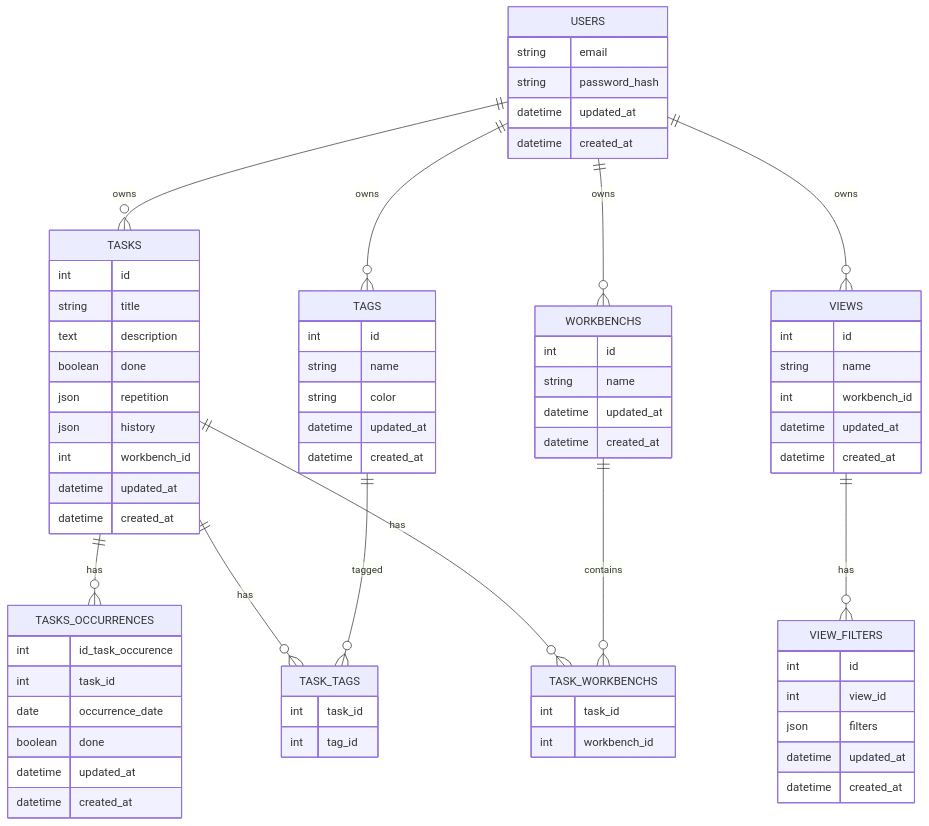
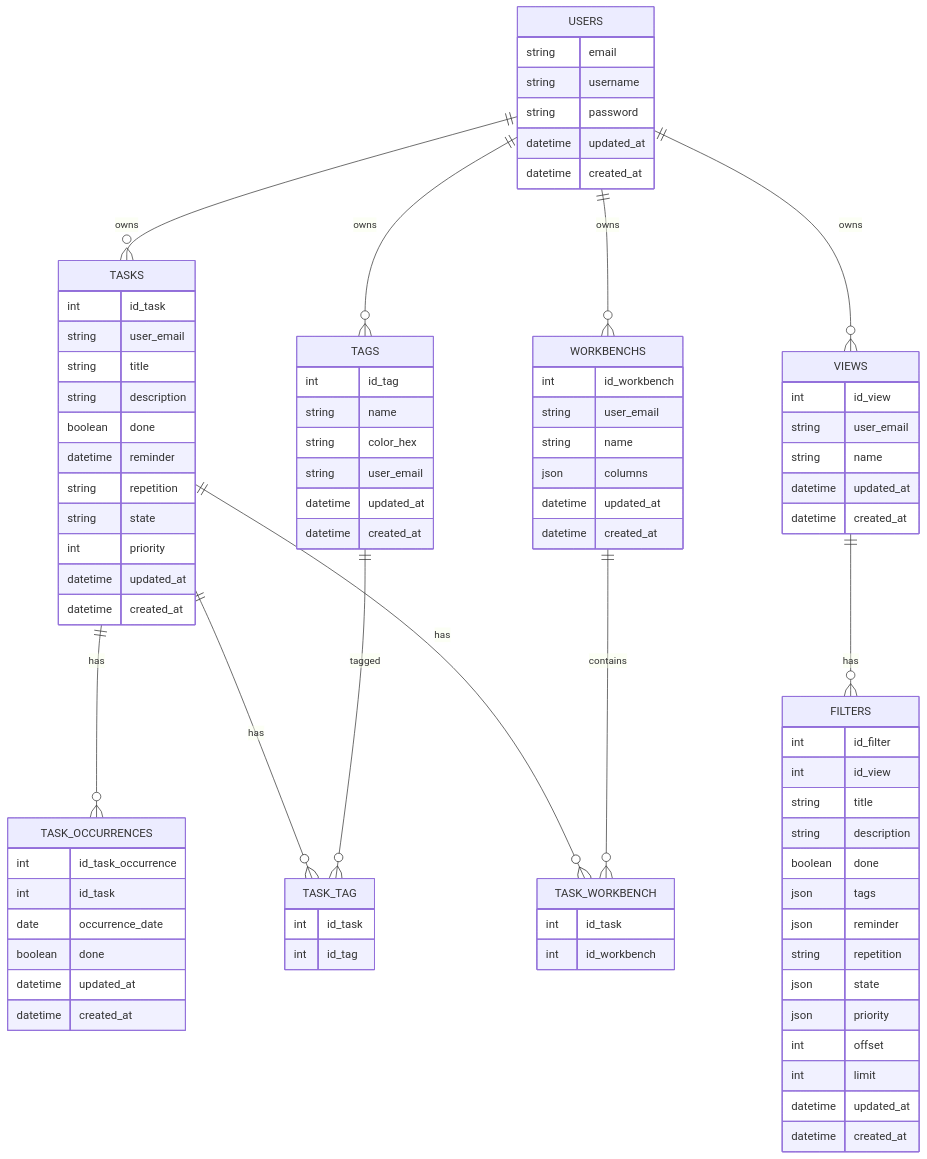
Before and after one commit to bruno-gabriel-muniz/joker-task: the first of 3 diagrams in README.md, drawn with Mermaid. The commit also changed other lines of this file, not shown here.

Commit message:
docs(readme): align database schema diagram with models

````diff
--- a/README.md
+++ b/README.md
@@ -176,89 +172,101 @@
 ```mermaid
 erDiagram
-
-
     USERS {
         string email
-        string password_hash
+        string username
+        string password
         datetime updated_at
         datetime created_at
     }
 
     TASKS {
-        int id
+        int id_task
+        string user_email
         string title
-        text description
+        string description
         boolean done
-        json repetition
-        json history
-        int workbench_id
+        datetime reminder
+        string repetition
+        string state
+        int priority
         datetime updated_at
         datetime created_at
     }
 
-    TASKS_OCCURRENCES {
-        int id_task_occurence
-        int task_id
+    TASK_OCCURRENCES {
+        int id_task_occurrence
+        int id_task
         date occurrence_date
         boolean done
         datetime updated_at
         datetime created_at
     }
 
+    TAGS {
+        int id_tag
+        string name
+        string color_hex
+        string user_email
+        datetime updated_at
+        datetime created_at
+    }
 
     WORKBENCHS {
-        int id
+        int id_workbench
+        string user_email
+        string name
+        json columns
+        datetime updated_at
+        datetime created_at
+    }
+
+    VIEWS {
+        int id_view
+        string user_email
         string name
         datetime updated_at
         datetime created_at
     }
 
-    TASK_WORKBENCHS {
-        int task_id
-        int workbench_id
-    }
-
-    TAGS {
-        int id
-        string name
-        string color
+    FILTERS {
+        int id_filter
+        int id_view
+        string title
+        string description
+        boolean done
+        json tags
+        json reminder
+        string repetition
+        json state
+        json priority
+        int offset
+        int limit
         datetime updated_at
         datetime created_at
     }
 
-    TASK_TAGS {
-        int task_id
-        int tag_id
+    TASK_TAG {
+        int id_task
+        int id_tag
     }
 
-    VIEWS {
-        int id
-        string name
-        int workbench_id
-        datetime updated_at
-        datetime created_at
-    }
-
-    VIEW_FILTERS {
-        int id
-        int view_id
-        json filters
-        datetime updated_at
-        datetime created_at
+    TASK_WORKBENCH {
+        int id_task
+        int id_workbench
     }
 
     USERS ||--o{ TASKS : owns
     USERS ||--o{ TAGS : owns
     USERS ||--o{ WORKBENCHS : owns
     USERS ||--o{ VIEWS : owns
-    
-    TASKS ||--o{ TASKS_OCCURRENCES : has
 
-    TASKS ||--o{ TASK_TAGS : has
-    TAGS ||--o{ TASK_TAGS : tagged
+    TASKS ||--o{ TASK_OCCURRENCES : has
 
-    TASKS ||--o{ TASK_WORKBENCHS : has
-    WORKBENCHS ||--o{ TASK_WORKBENCHS : contains
+    TASKS ||--o{ TASK_TAG : has
+    TAGS ||--o{ TASK_TAG : tagged
 
-    VIEWS ||--o{ VIEW_FILTERS : has
+    TASKS ||--o{ TASK_WORKBENCH : has
+    WORKBENCHS ||--o{ TASK_WORKBENCH : contains
+
+    VIEWS ||--o{ FILTERS : has
 ```
````
